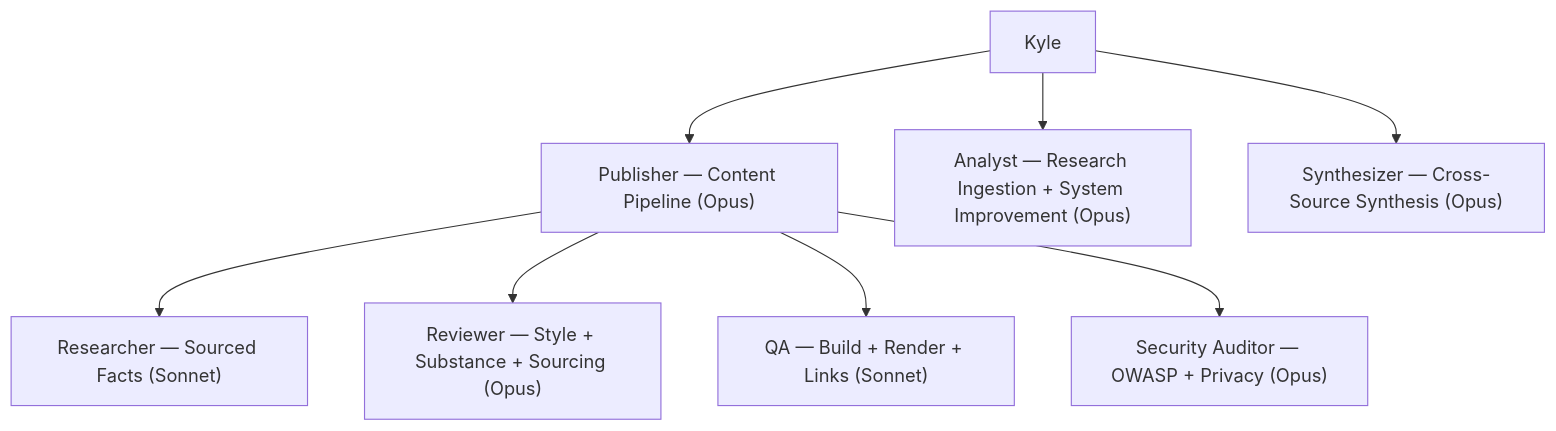
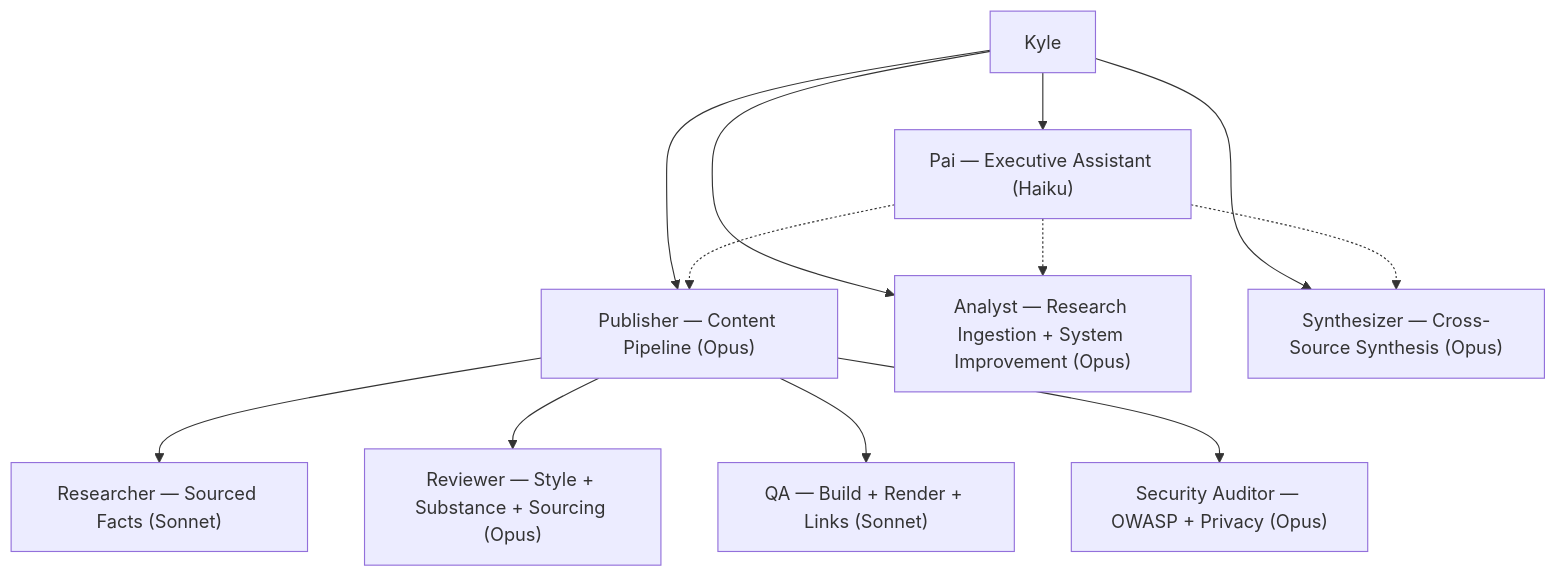
One commit to kylep/multi changed the diagram in apps/blog/blog/markdown/wiki/agent-team/org-chart.md. Above: the diagram before and after it, drawn with Mermaid. The commit also changed other lines of this file and 4 other files, not shown here.

First line of the commit message:
Add Pai agent: executive assistant with Discord identity

````diff
--- a/apps/blog/blog/markdown/wiki/agent-team/org-chart.md
+++ b/apps/blog/blog/markdown/wiki/agent-team/org-chart.md
@@ -17,19 +17,24 @@
 ```mermaid
 graph TD
     Kyle["Kyle"]
+    Pai["Pai — Executive Assistant (Haiku)"]
     Publisher["Publisher — Content Pipeline (Opus)"]
     Analyst["Analyst — Research Ingestion + System Improvement (Opus)"]
     Researcher["Researcher — Sourced Facts (Sonnet)"]
     Reviewer["Reviewer — Style + Substance + Sourcing (Opus)"]
     QA["QA — Build + Render + Links (Sonnet)"]
     Security["Security Auditor — OWASP + Privacy (Opus)"]
     Synthesizer["Synthesizer — Cross-Source Synthesis (Opus)"]
 
+    Kyle --> Pai
     Kyle --> Publisher
     Kyle --> Analyst
     Kyle --> Synthesizer
+    Pai -.-> Publisher
+    Pai -.-> Analyst
+    Pai -.-> Synthesizer
     Publisher --> Researcher
     Publisher --> Reviewer
     Publisher --> QA
     Publisher --> Security
 ```
````
